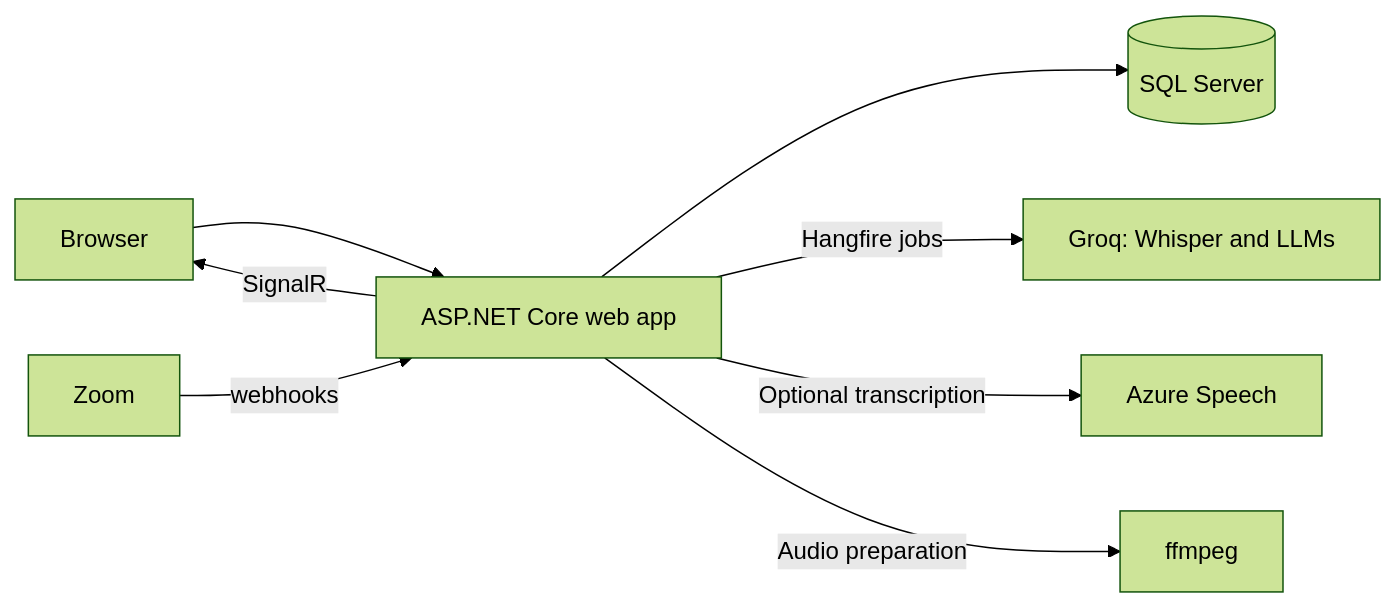
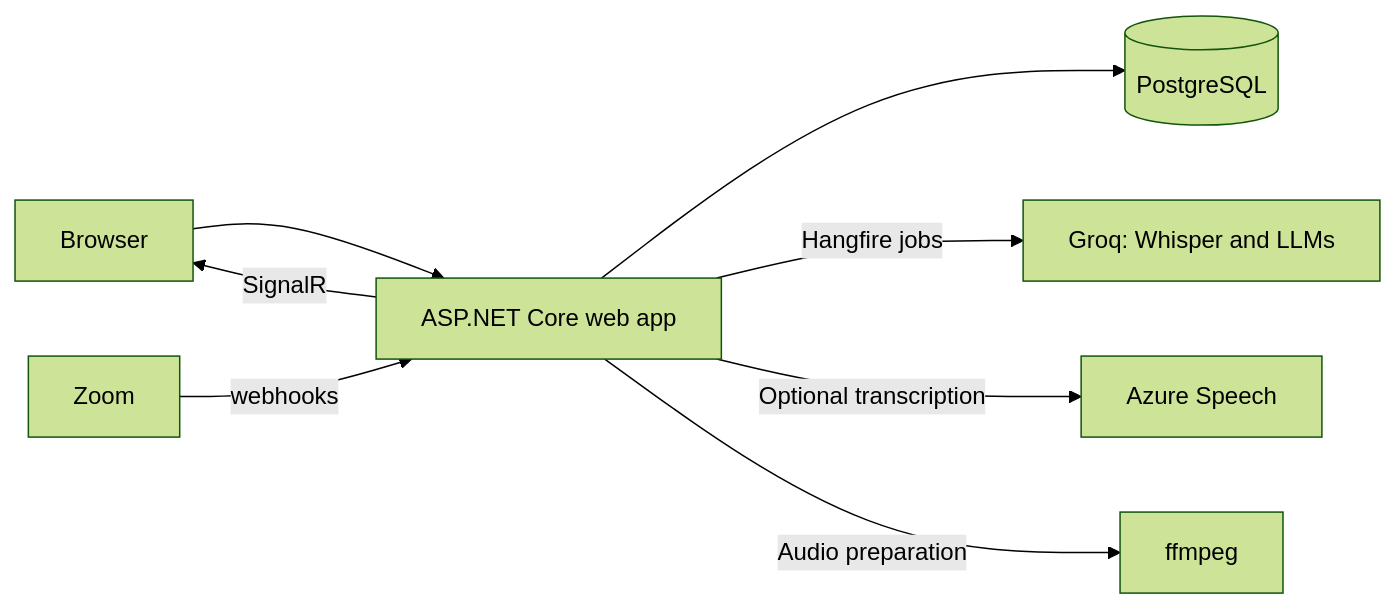
One commit to sametulas57/BriefynAI changed the diagram in README.md. Above: the diagram before and after it, drawn with Mermaid (forest theme). The commit also changed other lines of this file and 4 other files, not shown here.

Commit message:
docs(db): README PostgreSQL; eski SQL Server yorumları düzeltildi, unvan ve ekip silme PostgreSQL'de testli

````diff
--- a/README.md
+++ b/README.md
@@ -21,10 +21,10 @@
 ```mermaid
 flowchart LR
     U[Browser] --> W[ASP.NET Core web app]
     Z[Zoom] -->|webhooks| W
-    W --> D[(SQL Server)]
+    W --> D[(PostgreSQL)]
     W -->|Hangfire jobs| G[Groq: Whisper and LLMs]
     W -->|Optional transcription| A[Azure Speech]
     W -->|Audio preparation| F[ffmpeg]
     W -->|SignalR| U
 ```
````
